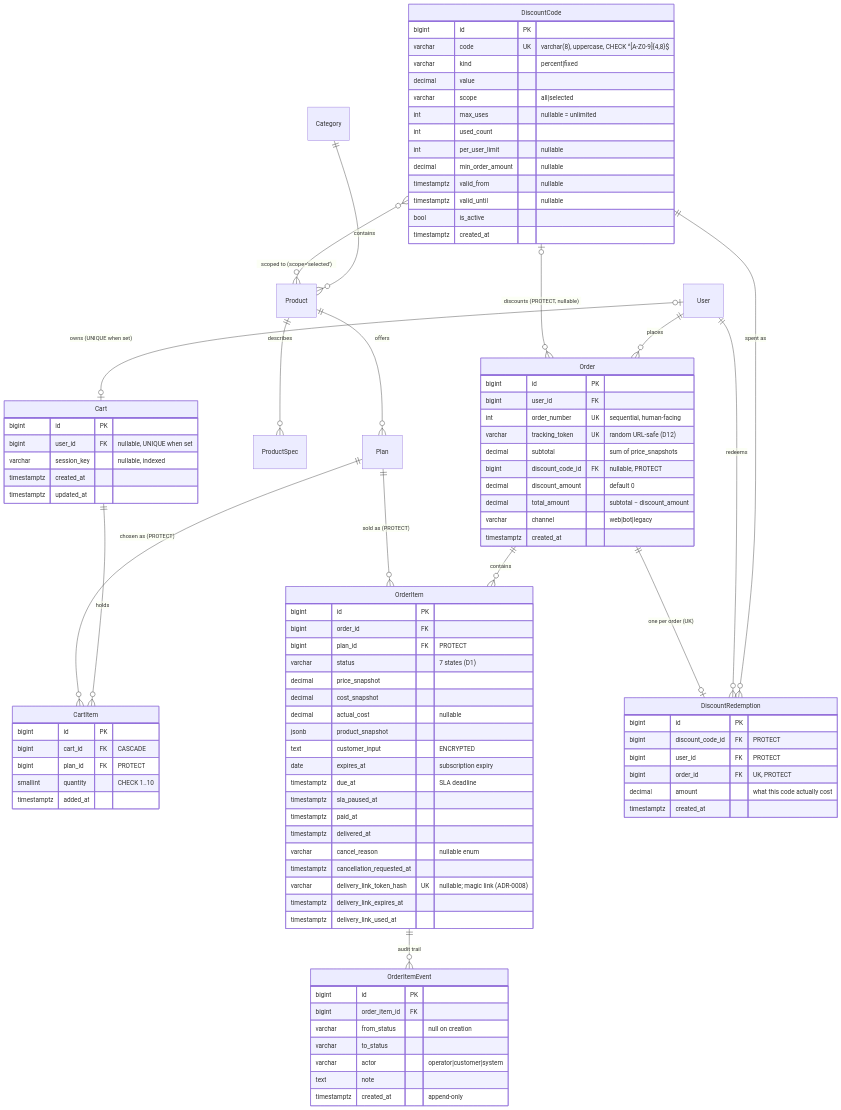
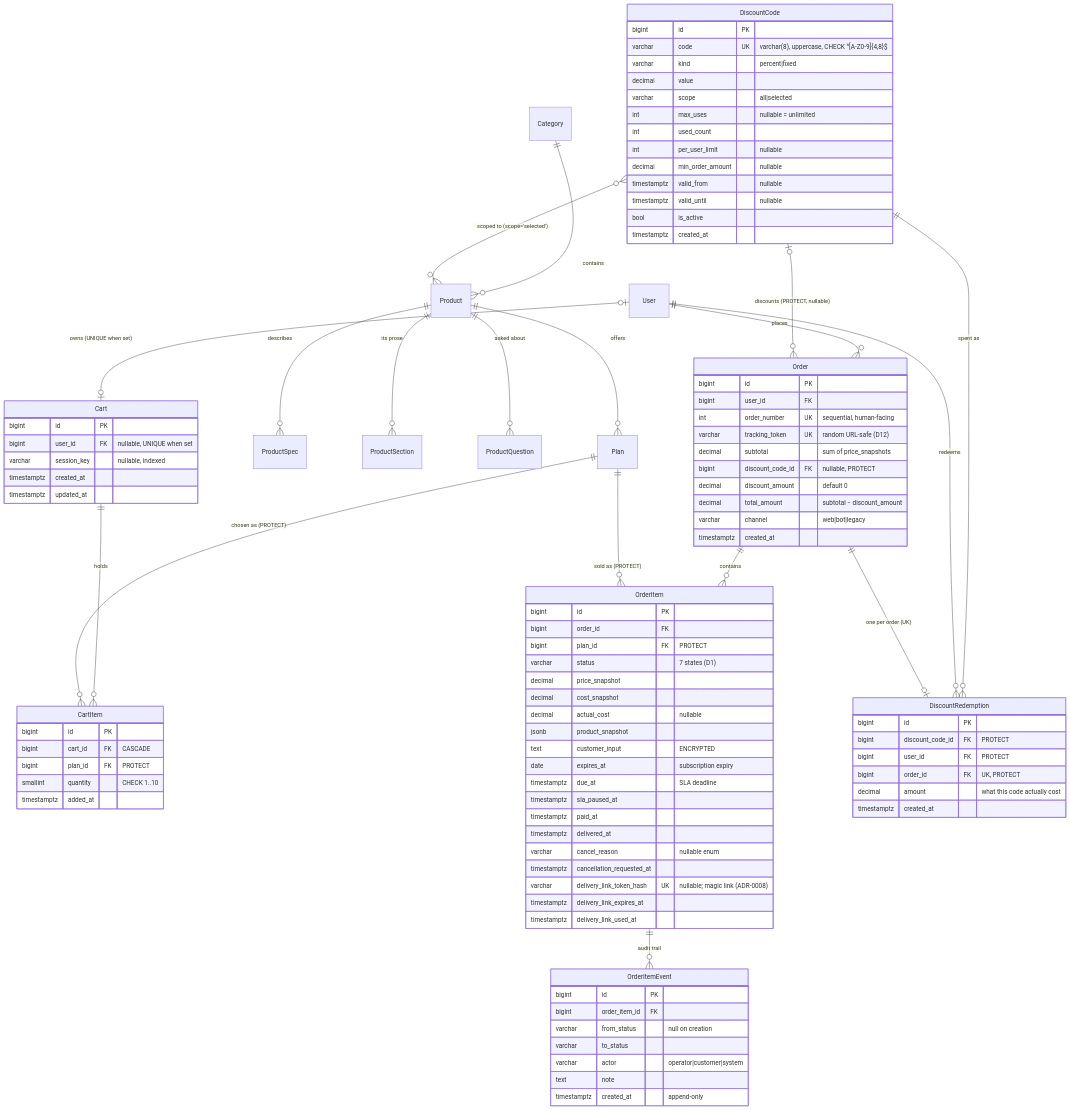
Before and after one commit to Sina-Amare/premshop: the diagram in docs/data-model.md, drawn with Mermaid. The commit also changed other lines of this file and 61 other files, not shown here.

First line of the commit message:
feat(storefront): the product page from its facts and sections, and absolute URLs from SITE_URL

```diff
--- a/docs/data-model.md
+++ b/docs/data-model.md
@@ -23,6 +23,8 @@
     User ||--o{ Order : places
     Category ||--o{ Product : contains
     Product ||--o{ ProductSpec : describes
+    Product ||--o{ ProductSection : "its prose"
+    Product ||--o{ ProductQuestion : "asked about"
     Product ||--o{ Plan : offers
     User |o--o| Cart : "owns (UNIQUE when set)"
     Cart ||--o{ CartItem : holds
```
